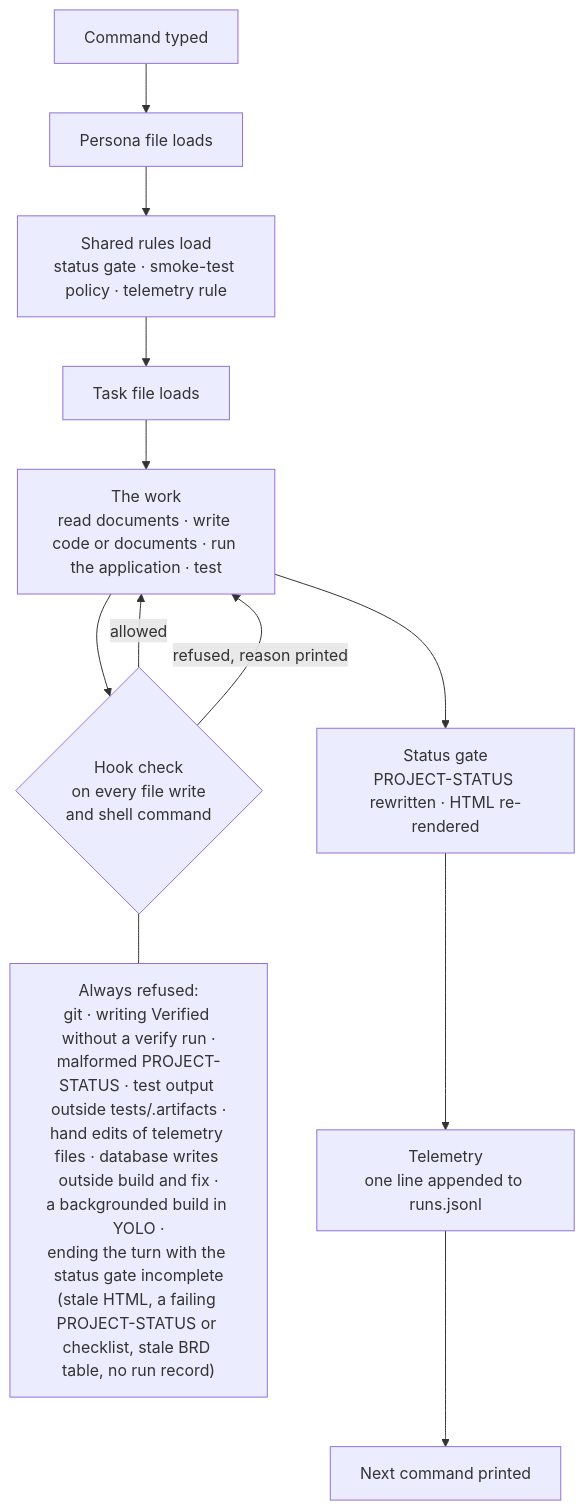
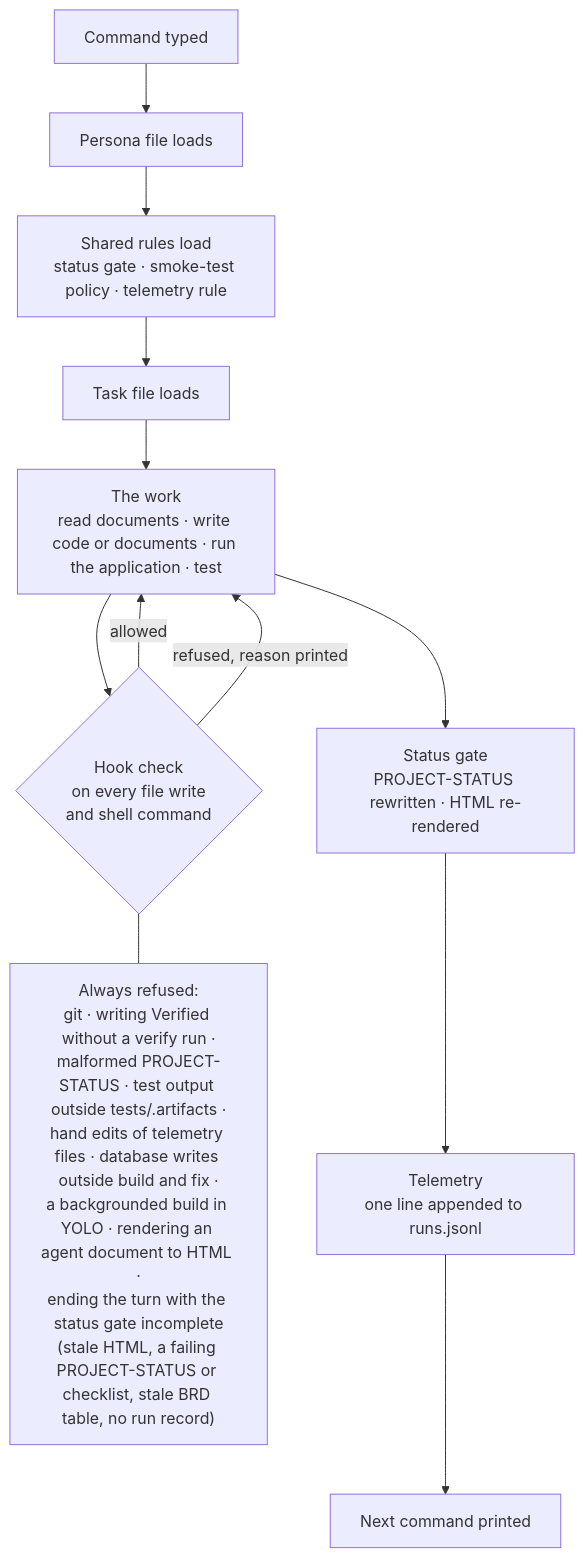
The second of 2 diagrams in docs/TechieFlow-How-It-Works.md (techierathore/TechieFlow), drawn with Mermaid before and after one commit. The commit also changed other lines of this file and 74 other files, not shown here.

````diff
--- a/docs/TechieFlow-How-It-Works.md
+++ b/docs/TechieFlow-How-It-Works.md
@@ -197,14 +200,14 @@
 ```mermaid
 flowchart TD
     A["Command typed"] --> B["Persona file loads"]
     B --> C["Shared rules load<br/>status gate · smoke-test policy · telemetry rule"]
     C --> D["Task file loads"]
     D --> E["The work<br/>read documents · write code or documents · run the application · test"]
     E --> H{"Hook check<br/>on every file write<br/>and shell command"}
     H -->|"allowed"| E
     H -->|"refused, reason printed"| E
-    H --- N["Always refused:<br/>git · writing Verified without a verify run ·<br/>malformed PROJECT-STATUS · test output outside tests/.artifacts ·<br/>hand edits of telemetry files · database writes outside build and fix ·<br/>a backgrounded build in YOLO ·<br/>ending the turn with the status gate incomplete<br/>(stale HTML, a failing PROJECT-STATUS or checklist, stale BRD table, no run record)"]
+    H --- N["Always refused:<br/>git · writing Verified without a verify run ·<br/>malformed PROJECT-STATUS · test output outside tests/.artifacts ·<br/>hand edits of telemetry files · database writes outside build and fix ·<br/>a backgrounded build in YOLO · rendering an agent document to HTML ·<br/>ending the turn with the status gate incomplete<br/>(stale HTML, a failing PROJECT-STATUS or checklist, stale BRD table, no run record)"]
     E --> F["Status gate<br/>PROJECT-STATUS rewritten · HTML re-rendered"]
     F --> G["Telemetry<br/>one line appended to runs.jsonl"]
     G --> Z["Next command printed"]
 ```
````
